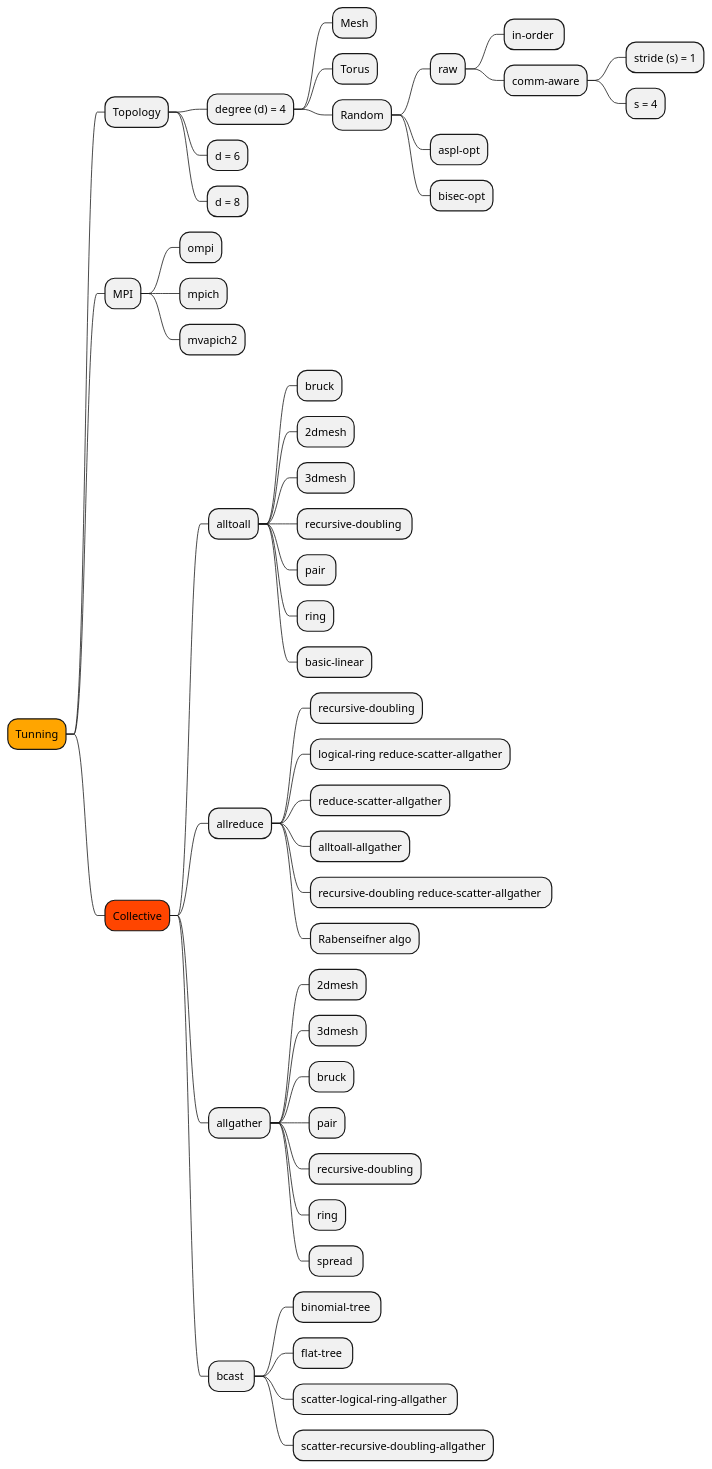
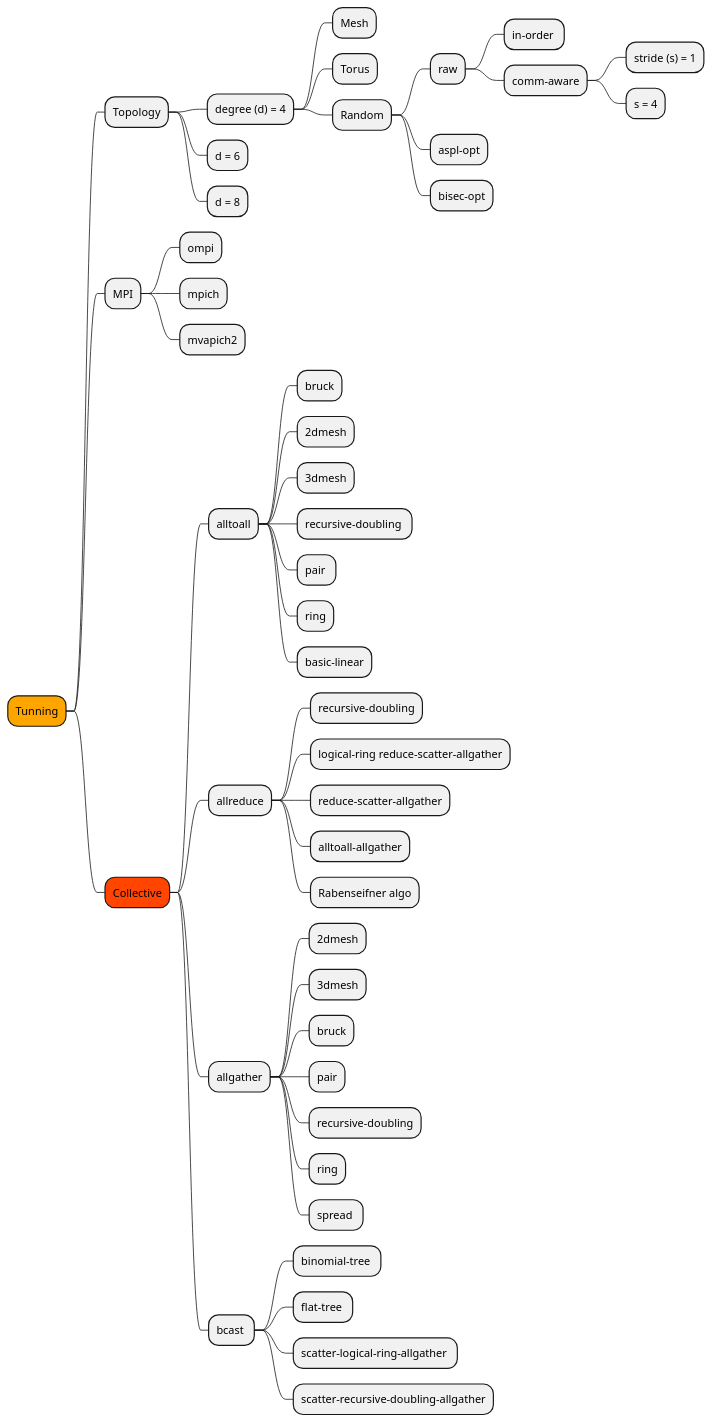
Before and after one commit to smallcat9603/simgrid: the diagram in 211014-fujitsu/opentuner/tunning.puml, drawn with PlantUML. The commit also changed 18 other files, not shown here.

```diff
--- a/211014-fujitsu/opentuner/tunning.puml
+++ b/211014-fujitsu/opentuner/tunning.puml
@@ -1,50 +1,50 @@
 @startmindmap
 *[#orange] Tunning
 ** Topology
 *** degree (d) = 4
 **** Mesh
 **** Torus
 **** Random
 ***** raw
 ****** in-order 
 ****** comm-aware
 ******* stride (s) = 1
 ******* s = 4
 ***** aspl-opt
 ***** bisec-opt
 *** d = 6
 *** d = 8
 ** MPI
 *** ompi
 *** mpich
 *** mvapich2
 **[#OrangeRed] Collective
 *** alltoall
 **** bruck
 **** 2dmesh
 **** 3dmesh
 **** recursive-doubling 
 **** pair 
 **** ring
 **** basic-linear
 *** allreduce
 **** recursive-doubling
 **** logical-ring reduce-scatter-allgather
 **** reduce-scatter-allgather
 **** alltoall-allgather
-**** recursive-doubling reduce-scatter-allgather 
+' **** recursive-doubling reduce-scatter-allgather 
 **** Rabenseifner algo
 *** allgather
 **** 2dmesh
 **** 3dmesh
 **** bruck
 **** pair
 **** recursive-doubling
 **** ring
 **** spread 
 *** bcast 
 **** binomial-tree 
 **** flat-tree 
 **** scatter-logical-ring-allgather 
 **** scatter-recursive-doubling-allgather
 @endmindmap
```
